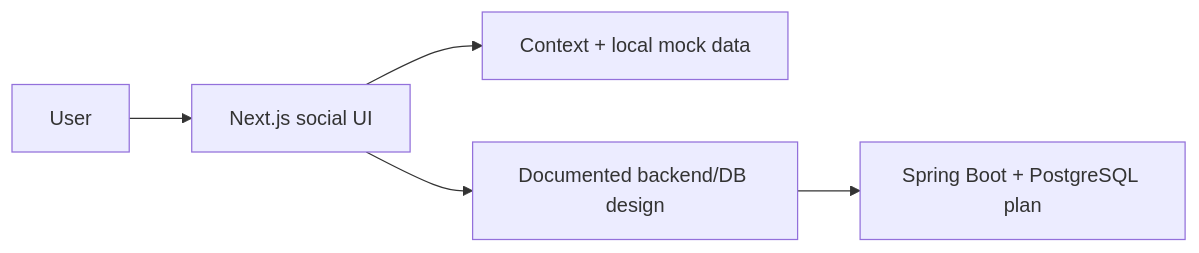
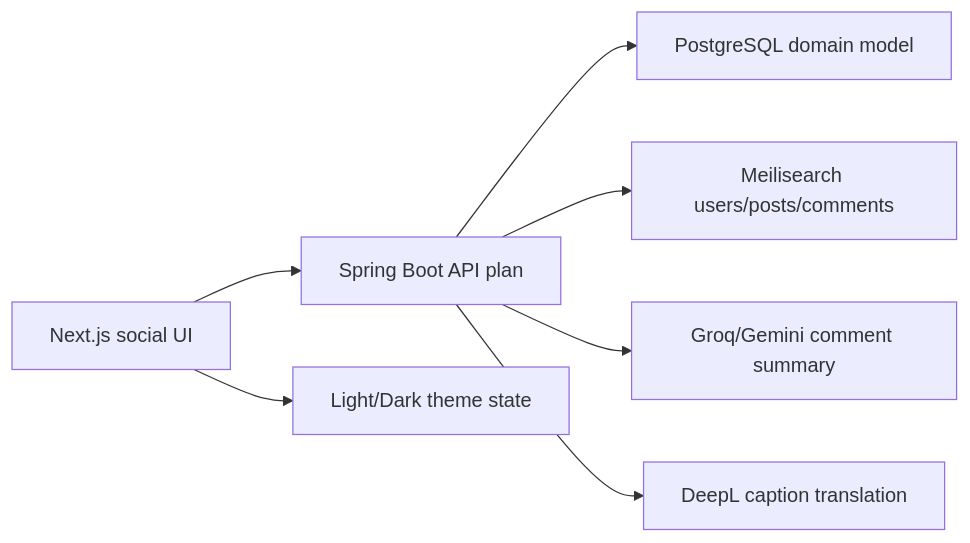
One commit to oosuhada/Aigram changed the diagram in README.md. Above: the diagram before and after it, drawn with Mermaid. The commit also changed other lines of this file and 30 other files, not shown here.

````diff
--- a/README.md
+++ b/README.md
@@ -42,7 +71,9 @@
 ```mermaid
 flowchart LR
-  user["User"] --> ui["Next.js social UI"]
-  ui --> localState["Context + local mock data"]
-  ui --> docs["Documented backend/DB design"]
-  docs --> futureApi["Spring Boot + PostgreSQL plan"]
+  ui["Next.js social UI"] --> api["Spring Boot API plan"]
+  api --> db["PostgreSQL domain model"]
+  api --> search["Meilisearch users/posts/comments"]
+  api --> ai["Groq/Gemini comment summary"]
+  api --> translate["DeepL caption translation"]
+  ui --> theme["Light/Dark theme state"]
 ```
````
